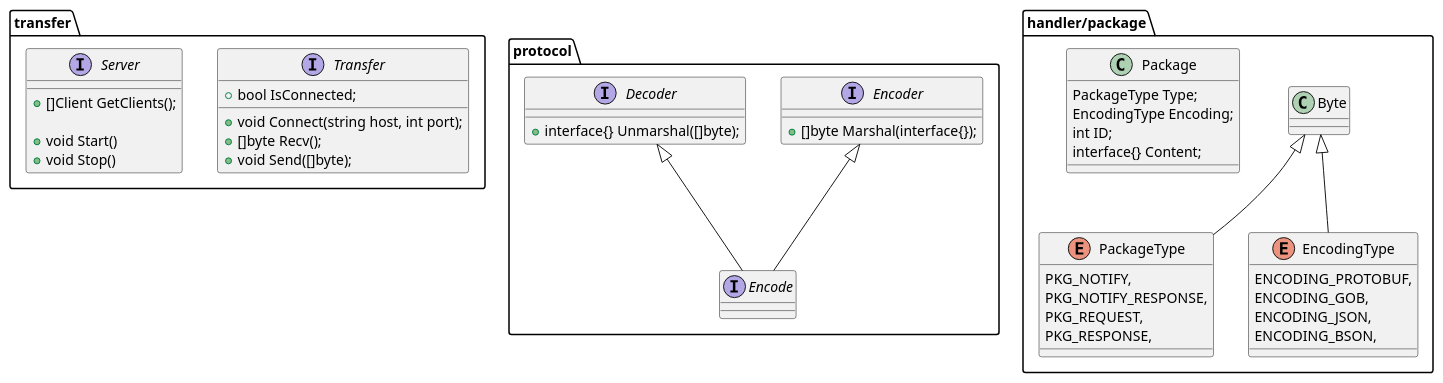
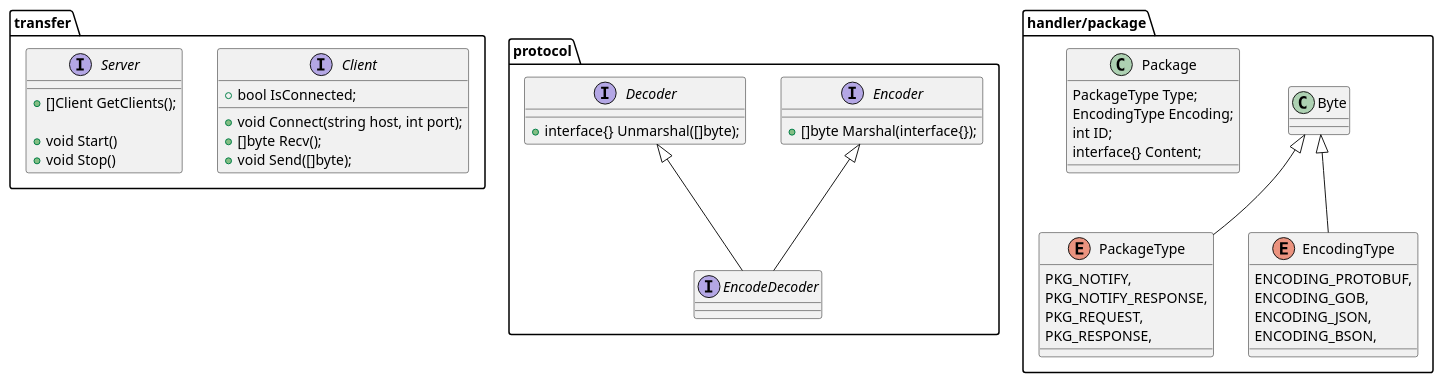
Before and after one commit to Jennal/goplay: the diagram in docs/uml/class.plantuml, drawn with PlantUML. The commit also changed 80 other files, not shown here.

```diff
--- a/docs/uml/class.plantuml
+++ b/docs/uml/class.plantuml
@@ -1,56 +1,56 @@
 @startuml
 
 package transfer {
-    interface Transfer {
+    interface Client {
         + bool IsConnected;
 
         + void Connect(string host, int port);
         + []byte Recv();
         + void Send([]byte);
     }
 
     interface Server {
         + []Client GetClients();
 
         + void Start()
         + void Stop()
     }
 }
 
 package protocol {
     interface Encoder {
         + []byte Marshal(interface{});
     }
 
     interface Decoder {
         + interface{} Unmarshal([]byte);
     }
 
-    interface Encode extends Encoder, Decoder {
+    interface EncodeDecoder extends Encoder, Decoder {
     }
 }
 
 package handler/package {
     enum PackageType extends Byte {
         PKG_NOTIFY,
         PKG_NOTIFY_RESPONSE,
         PKG_REQUEST,
         PKG_RESPONSE,
     }
 
     enum EncodingType extends Byte {
         ENCODING_PROTOBUF,
         ENCODING_GOB,
         ENCODING_JSON,
         ENCODING_BSON,
     }
 
     class Package {
         PackageType Type;
         EncodingType Encoding;
         int ID;
         interface{} Content;
     }
 }
 
 @enduml
```
